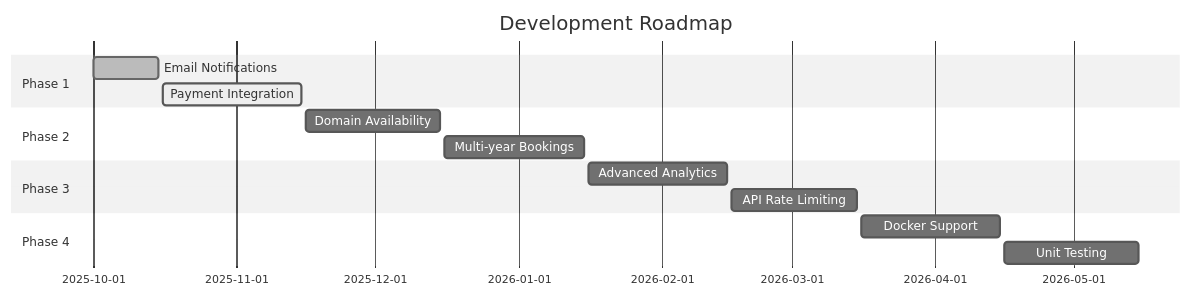
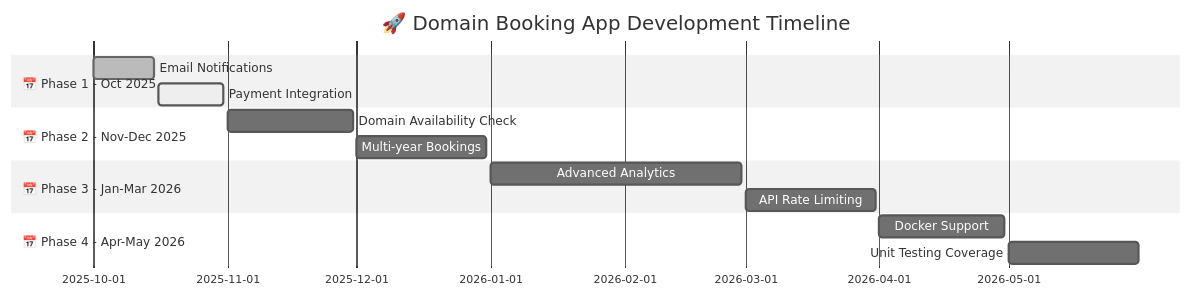
The ninth of 11 diagrams in README.md (Sandarsh18/Domain-booking-web-app), drawn with Mermaid (neutral theme) before and after one commit. The commit also changed other lines of this file, not shown here.

````diff
--- a/README.md
+++ b/README.md
@@ -726,20 +796,20 @@
 ```mermaid
 gantt
-    title Development Roadmap
+    title 🚀 Domain Booking App Development Timeline
     dateFormat  YYYY-MM-DD
-    section Phase 1
+    section 📅 Phase 1 - Oct 2025
     Email Notifications     :done, email, 2025-10-01, 2025-10-15
-    Payment Integration     :active, payment, 2025-10-16, 2025-11-15
+    Payment Integration     :active, payment, 2025-10-16, 2025-10-31
     
-    section Phase 2  
-    Domain Availability     :domain, 2025-11-16, 2025-12-15
-    Multi-year Bookings     :multi, 2025-12-16, 2026-01-15
+    section 📅 Phase 2 - Nov-Dec 2025
+    Domain Availability Check :domain, 2025-11-01, 2025-11-30
+    Multi-year Bookings     :multi, 2025-12-01, 2025-12-31
     
-    section Phase 3
-    Advanced Analytics      :analytics, 2026-01-16, 2026-02-15
-    API Rate Limiting       :rate, 2026-02-16, 2026-03-15
+    section 📅 Phase 3 - Jan-Mar 2026
+    Advanced Analytics      :analytics, 2026-01-01, 2026-02-28
+    API Rate Limiting       :rate, 2026-03-01, 2026-03-31
     
-    section Phase 4
-    Docker Support          :docker, 2026-03-16, 2026-04-15
-    Unit Testing            :testing, 2026-04-16, 2026-05-15
+    section 📅 Phase 4 - Apr-May 2026
+    Docker Support          :docker, 2026-04-01, 2026-04-30
+    Unit Testing Coverage   :testing, 2026-05-01, 2026-05-31
 ```
````
